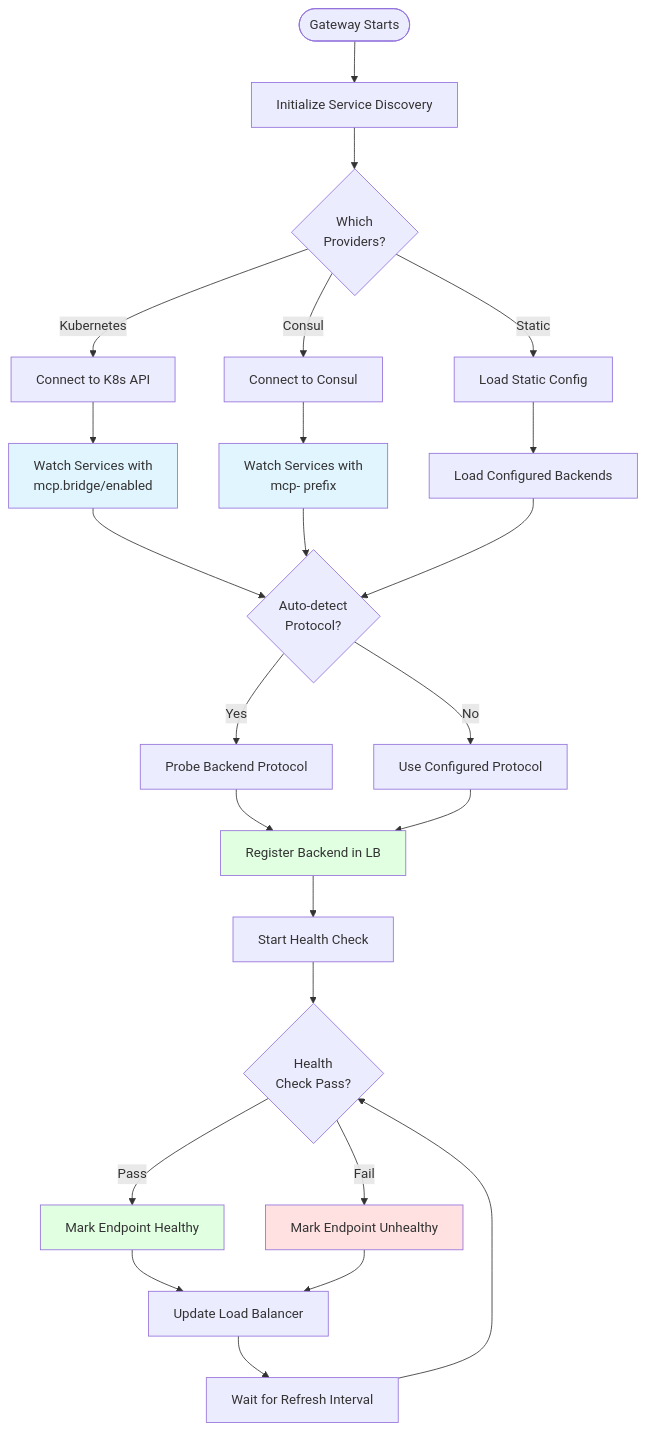
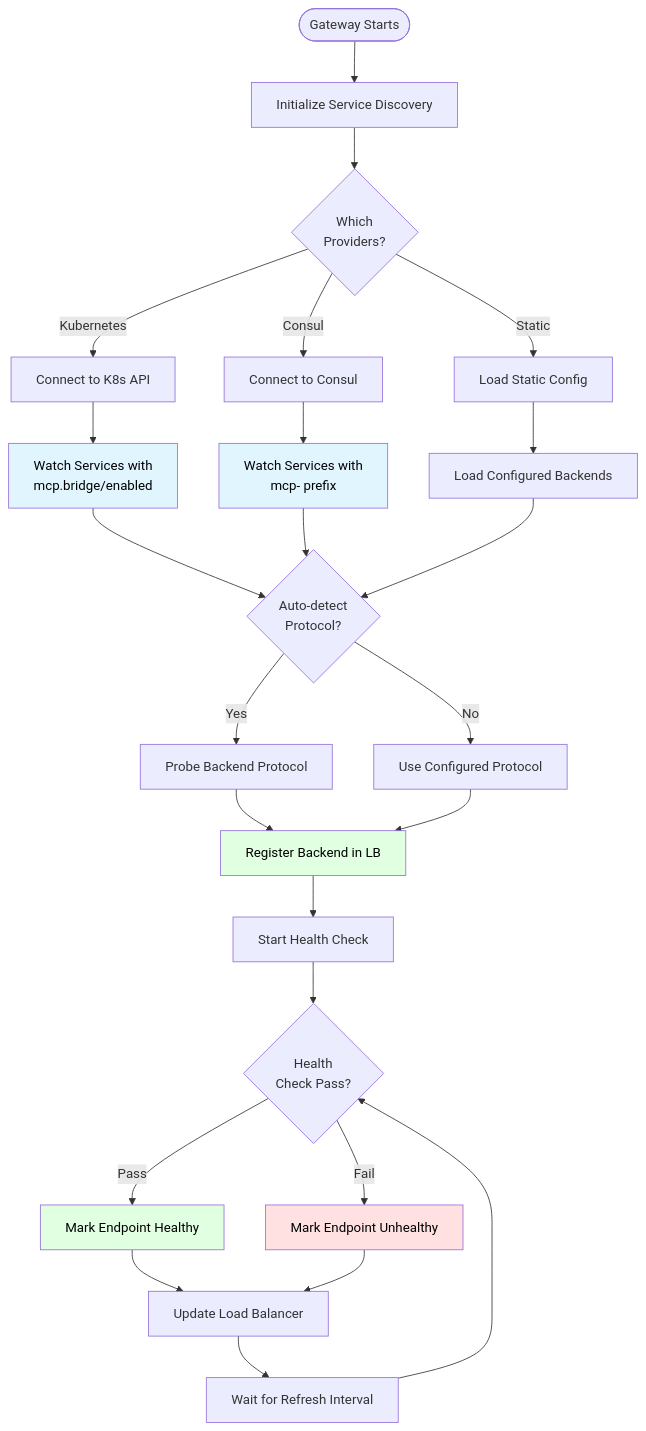
One commit to actual-software/mcp-bridge changed the fourth of 9 diagrams in services/gateway/docs/ARCHITECTURE.md. Above: the diagram before and after it, drawn with Mermaid. The commit also changed other lines of this file and 10 other files, not shown here.

First line of the commit message:
fix: Improve Mermaid diagram text contrast with explicit black color

````diff
--- a/services/gateway/docs/ARCHITECTURE.md
+++ b/services/gateway/docs/ARCHITECTURE.md
@@ -251,43 +251,43 @@
 ```mermaid
 flowchart TD
     Start([Gateway Starts]) --> InitDiscovery[Initialize Service Discovery]
 
     InitDiscovery --> CheckProviders{Which<br/>Providers?}
 
     CheckProviders -->|Kubernetes| K8sInit[Connect to K8s API]
     CheckProviders -->|Consul| ConsulInit[Connect to Consul]
     CheckProviders -->|Static| StaticInit[Load Static Config]
 
     K8sInit --> K8sWatch[Watch Services with<br/>mcp.bridge/enabled]
     ConsulInit --> ConsulWatch[Watch Services with<br/>mcp- prefix]
     StaticInit --> StaticLoad[Load Configured Backends]
 
     K8sWatch --> DetectProtocol{Auto-detect<br/>Protocol?}
     ConsulWatch --> DetectProtocol
     StaticLoad --> DetectProtocol
 
     DetectProtocol -->|Yes| ProbeBackend[Probe Backend Protocol]
     DetectProtocol -->|No| UseAnnotation[Use Configured Protocol]
 
     ProbeBackend --> RegisterBackend[Register Backend in LB]
     UseAnnotation --> RegisterBackend
 
     RegisterBackend --> StartHealthCheck[Start Health Check]
 
     StartHealthCheck --> HealthCheck{Health<br/>Check Pass?}
 
     HealthCheck -->|Pass| MarkHealthy[Mark Endpoint Healthy]
     HealthCheck -->|Fail| MarkUnhealthy[Mark Endpoint Unhealthy]
 
     MarkHealthy --> UpdateLB[Update Load Balancer]
     MarkUnhealthy --> UpdateLB
 
     UpdateLB --> Wait[Wait for Refresh Interval]
     Wait --> HealthCheck
 
-    style K8sWatch fill:#e1f5ff
-    style ConsulWatch fill:#e1f5ff
-    style RegisterBackend fill:#e1ffe1
-    style MarkHealthy fill:#e1ffe1
-    style MarkUnhealthy fill:#ffe1e1
+    style K8sWatch fill:#e1f5ff,color:#000
+    style ConsulWatch fill:#e1f5ff,color:#000
+    style RegisterBackend fill:#e1ffe1,color:#000
+    style MarkHealthy fill:#e1ffe1,color:#000
+    style MarkUnhealthy fill:#ffe1e1,color:#000
 ```
````
